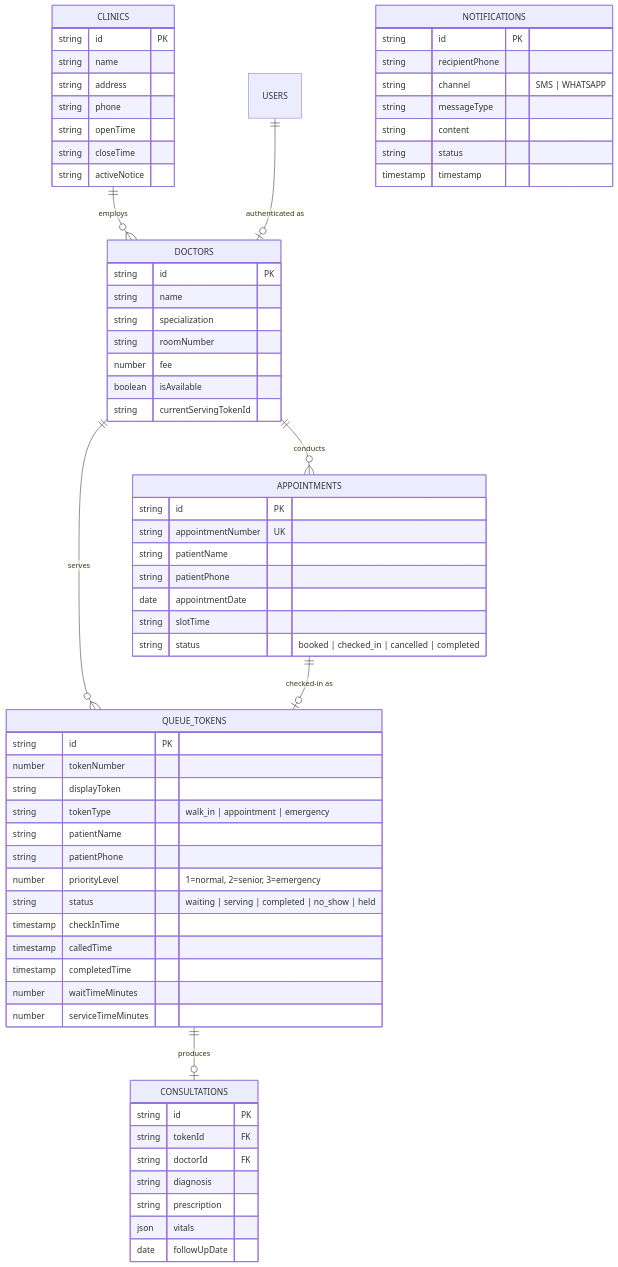
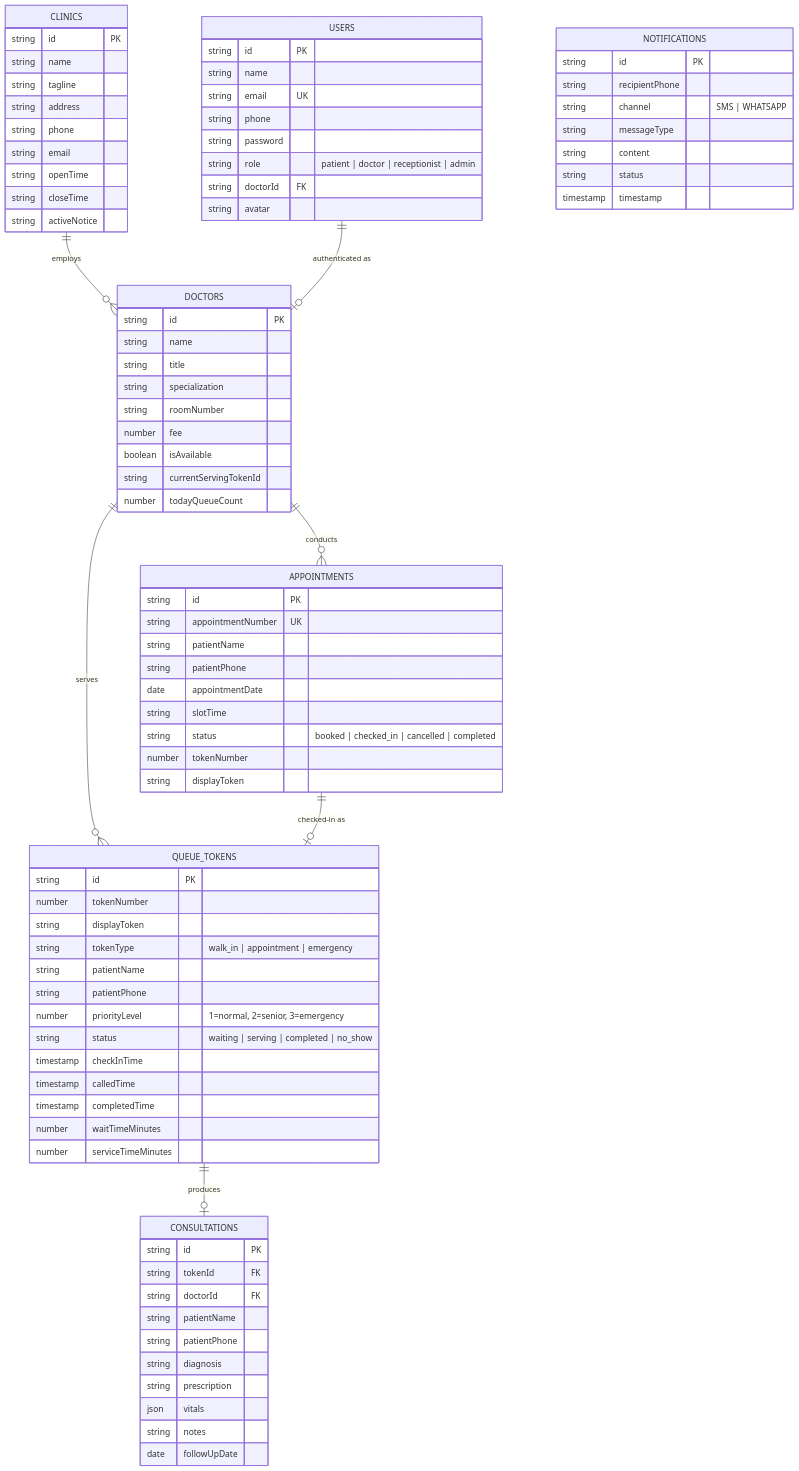
One commit to harshbagwan/Major_Project changed the fourth of 4 diagrams in PROJECT_DOCUMENTATION.md. Above: the diagram before and after it, drawn with Mermaid. The commit also changed other lines of this file and 2 other files, not shown here.

Commit message:
docs: update GitHub README, architecture docs, and deployment guide for RBAC and presence

```diff
--- a/PROJECT_DOCUMENTATION.md
+++ b/PROJECT_DOCUMENTATION.md
@@ -281,21 +286,36 @@
     CLINICS {
         string id PK
         string name
+        string tagline
         string address
         string phone
+        string email
         string openTime
         string closeTime
         string activeNotice
     }
 
+    USERS {
+        string id PK
+        string name
+        string email UK
+        string phone
+        string password
+        string role "patient | doctor | receptionist | admin"
+        string doctorId FK
+        string avatar
+    }
+
     DOCTORS {
         string id PK
         string name
+        string title
         string specialization
         string roomNumber
         number fee
         boolean isAvailable
         string currentServingTokenId
+        number todayQueueCount
     }
 
     APPOINTMENTS {
@@ -306,6 +326,8 @@
         date appointmentDate
         string slotTime
         string status "booked | checked_in | cancelled | completed"
+        number tokenNumber
+        string displayToken
     }
 
     QUEUE_TOKENS {
@@ -316,7 +338,7 @@
         string patientName
         string patientPhone
         number priorityLevel "1=normal, 2=senior, 3=emergency"
-        string status "waiting | serving | completed | no_show | held"
+        string status "waiting | serving | completed | no_show"
         timestamp checkInTime
         timestamp calledTime
         timestamp completedTime
@@ -328,9 +350,12 @@
         string id PK
         string tokenId FK
         string doctorId FK
+        string patientName
+        string patientPhone
         string diagnosis
         string prescription
         json vitals
+        string notes
         date followUpDate
     }
 
```
